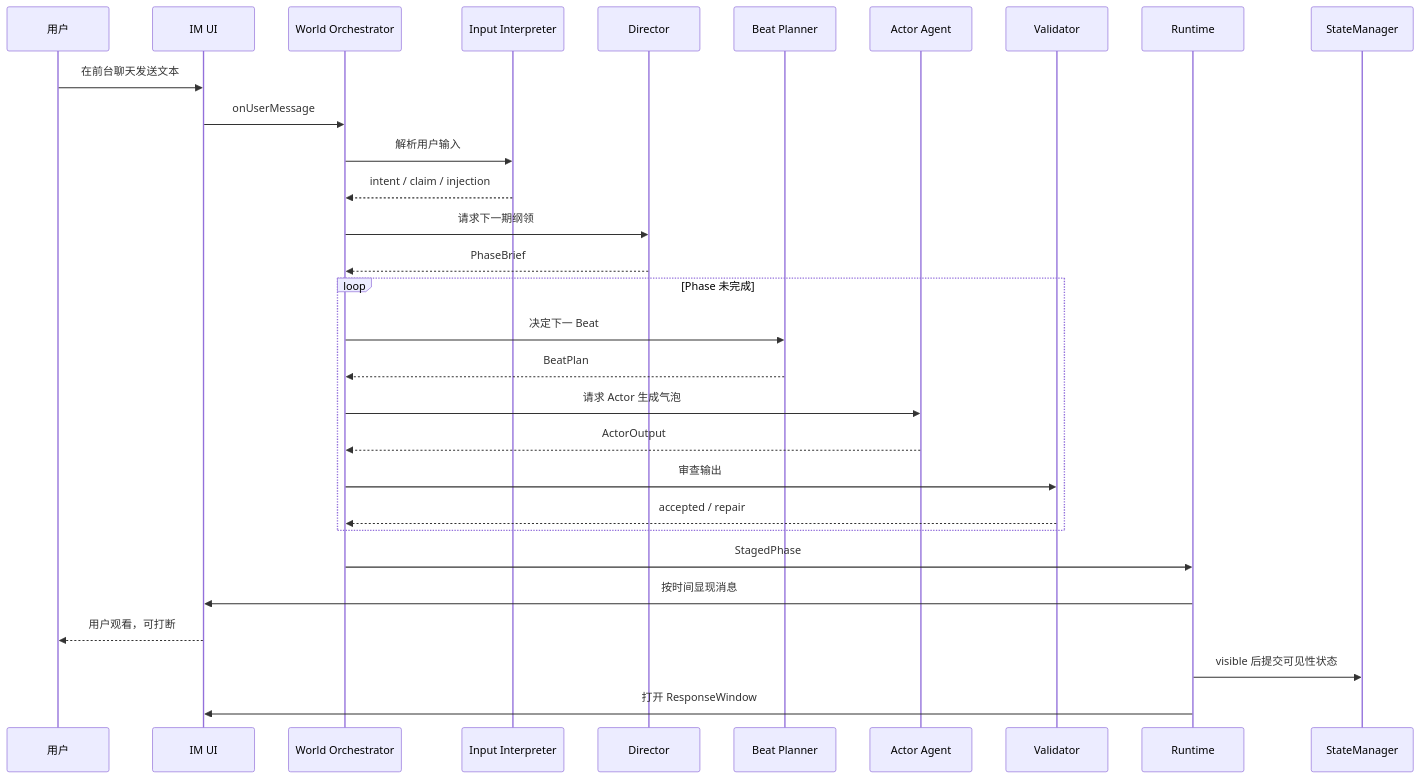
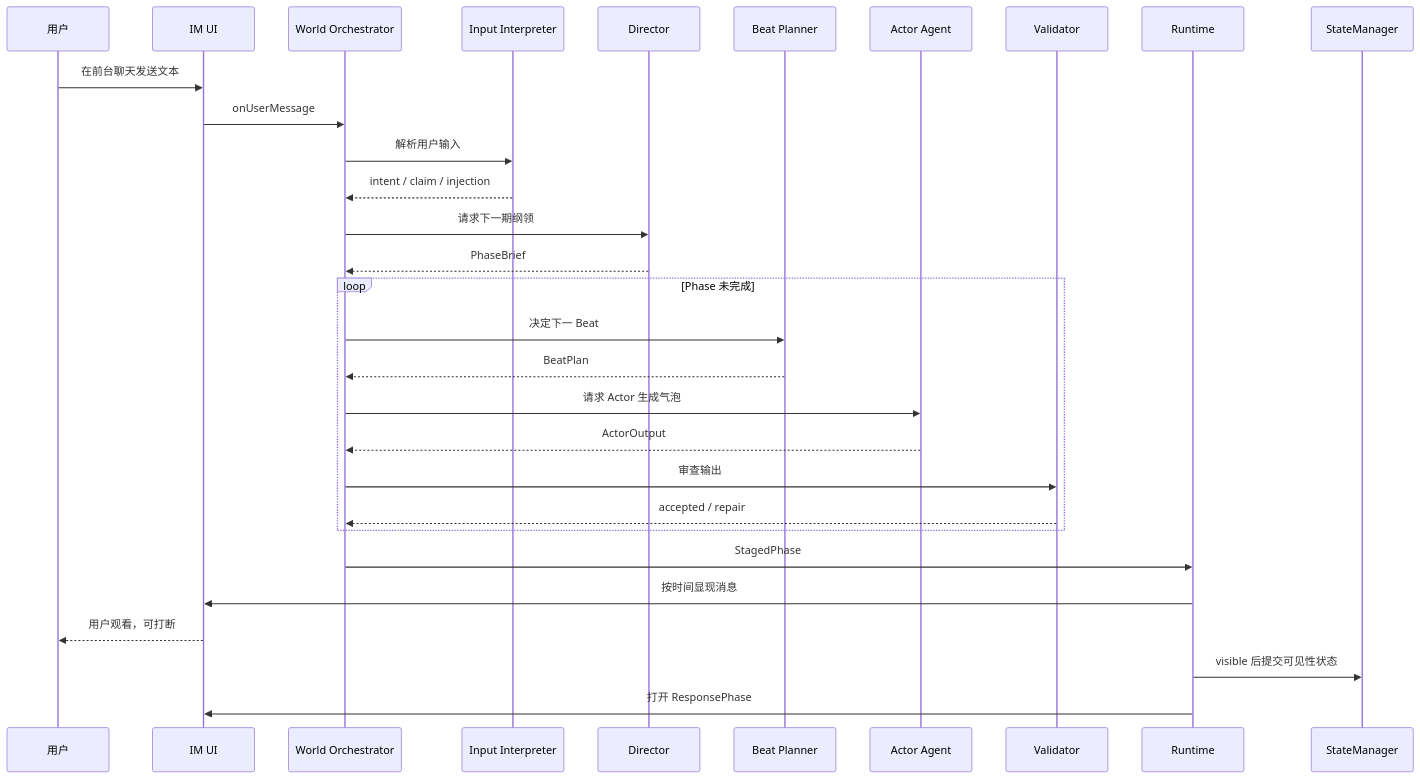
One commit to EarzuChan/ChatDrama changed the first of 2 diagrams in chat-drama-framework-design-idea/06_运行时流程.md. Above: the diagram before and after it, drawn with Mermaid. The commit also changed other lines of this file and 24 other files, not shown here.

````diff
--- a/chat-drama-framework-design-idea/06_运行时流程.md
+++ b/chat-drama-framework-design-idea/06_运行时流程.md
@@ -5,35 +5,35 @@
 ```mermaid
 sequenceDiagram
   participant U as 用户
   participant UI as IM UI
   participant WO as World Orchestrator
   participant II as Input Interpreter
   participant ND as Director
   participant BP as Beat Planner
   participant AA as Actor Agent
   participant VA as Validator
   participant RT as Runtime
   participant SM as StateManager
 
   U->>UI: 在前台聊天发送文本
   UI->>WO: onUserMessage
   WO->>II: 解析用户输入
   II-->>WO: intent / claim / injection
   WO->>ND: 请求下一期纲领
   ND-->>WO: PhaseBrief
 
   loop Phase 未完成
     WO->>BP: 决定下一 Beat
     BP-->>WO: BeatPlan
     WO->>AA: 请求 Actor 生成气泡
     AA-->>WO: ActorOutput
     WO->>VA: 审查输出
     VA-->>WO: accepted / repair
   end
 
   WO->>RT: StagedPhase
   RT->>UI: 按时间显现消息
   UI-->>U: 用户观看，可打断
   RT->>SM: visible 后提交可见性状态
-  RT->>UI: 打开 ResponseWindow
+  RT->>UI: 打开 ResponsePhase
 ```
````
